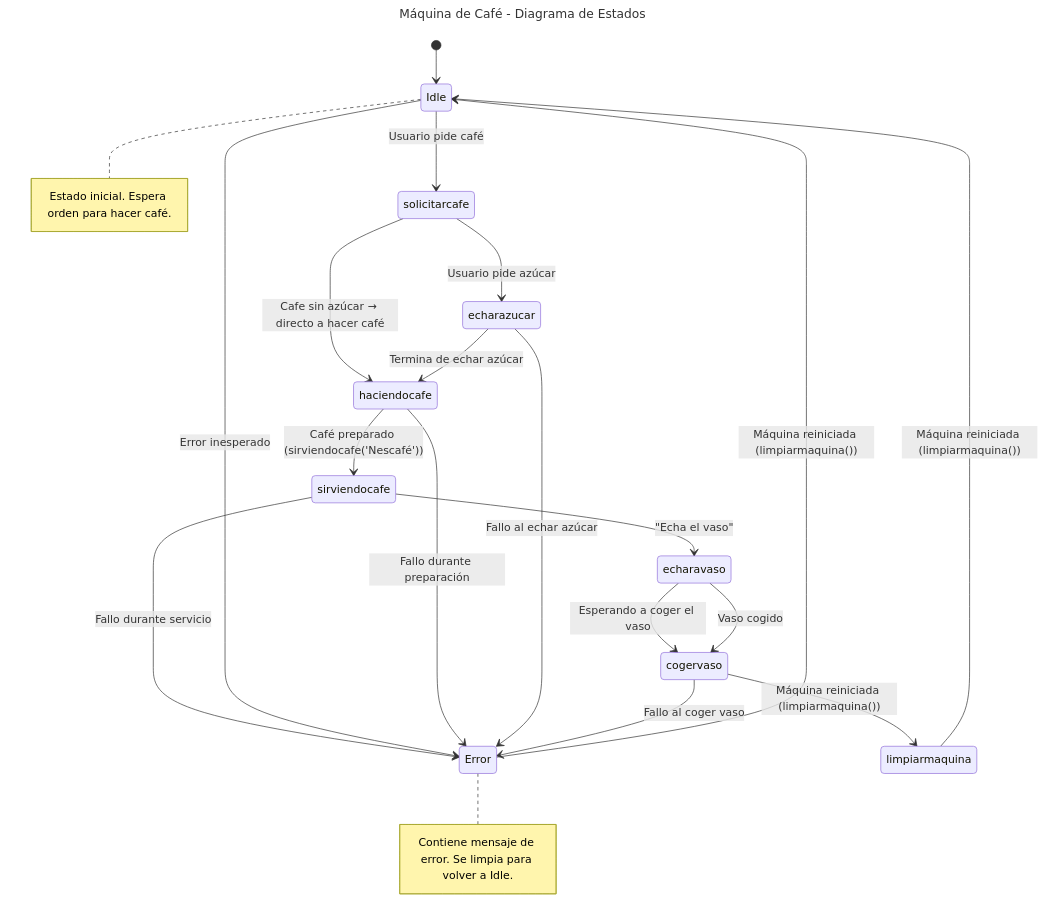
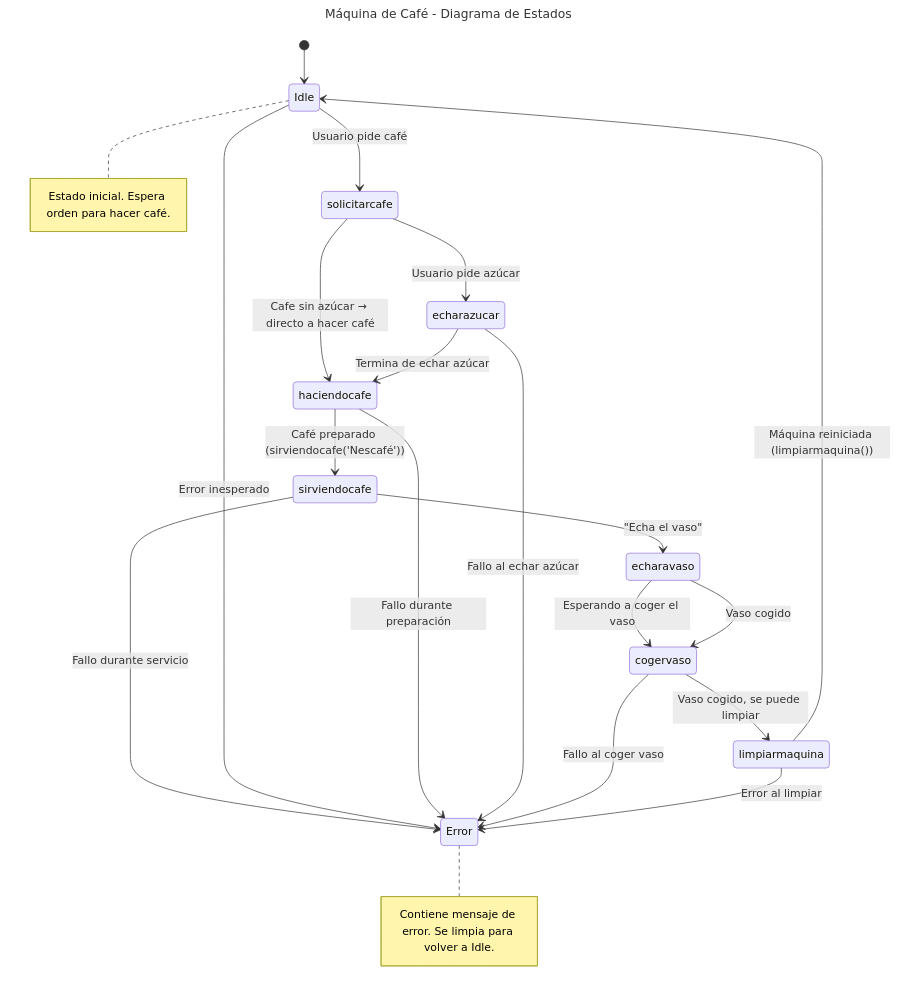
The diagram in 1trabajo/src/diagrama.mmd (shermidagre/PMDM), drawn with Mermaid before and after one commit.

Commit message:
actu diagrama.mmd

```diff
--- a/1trabajo/src/diagrama.mmd
+++ b/1trabajo/src/diagrama.mmd
@@ -1,23 +1,23 @@
 ---
 title: Máquina de Café - Diagrama de Estados
 ---
 stateDiagram-v2
 [*] --> Idle
 Idle --> solicitarcafe: Usuario pide café
 solicitarcafe --> echarazucar: Usuario pide azúcar
 solicitarcafe --> haciendocafe: Cafe sin azúcar → directo a hacer café
 echarazucar --> haciendocafe: Termina de echar azúcar
 haciendocafe --> sirviendocafe: Café preparado (sirviendocafe('Nescafé'))
 sirviendocafe --> Error: Fallo durante servicio
 Idle --> Error: Error inesperado
 haciendocafe --> Error: Fallo durante preparación
 echarazucar --> Error: Fallo al echar azúcar
 sirviendocafe --> echaravaso: "Echa el vaso"
 echaravaso --> cogervaso: Esperando a coger el vaso
 cogervaso --> Error: Fallo al coger vaso
 echaravaso --> cogervaso: Vaso cogido
-cogervaso --> limpiarmaquina: Máquina reiniciada (limpiarmaquina())
+cogervaso --> limpiarmaquina:  Vaso cogido, se puede limpiar
 limpiarmaquina --> Idle: Máquina reiniciada (limpiarmaquina())
-Error --> Idle: Máquina reiniciada (limpiarmaquina())
+limpiarmaquina --> Error: Error al limpiar
 note right of Idle: Estado inicial. Espera orden para hacer café.
 note right of Error: Contiene mensaje de error. Se limpia para volver a Idle.
```
